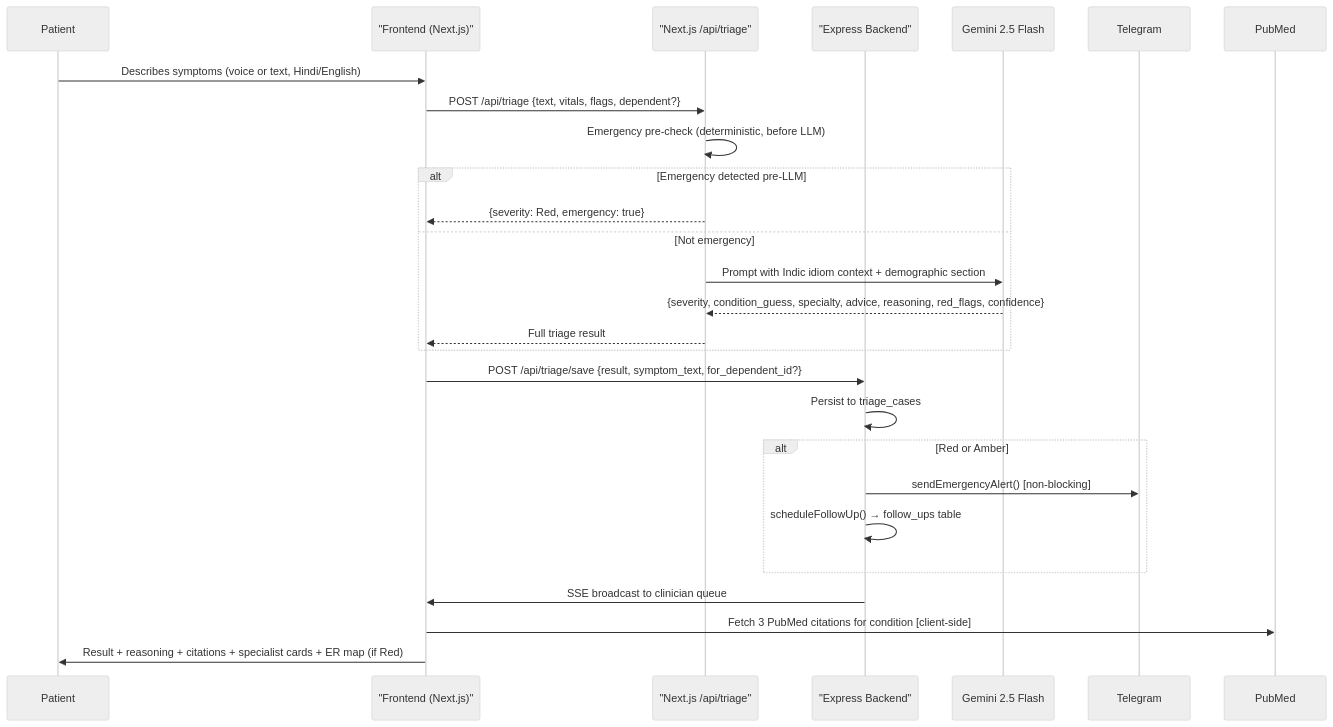
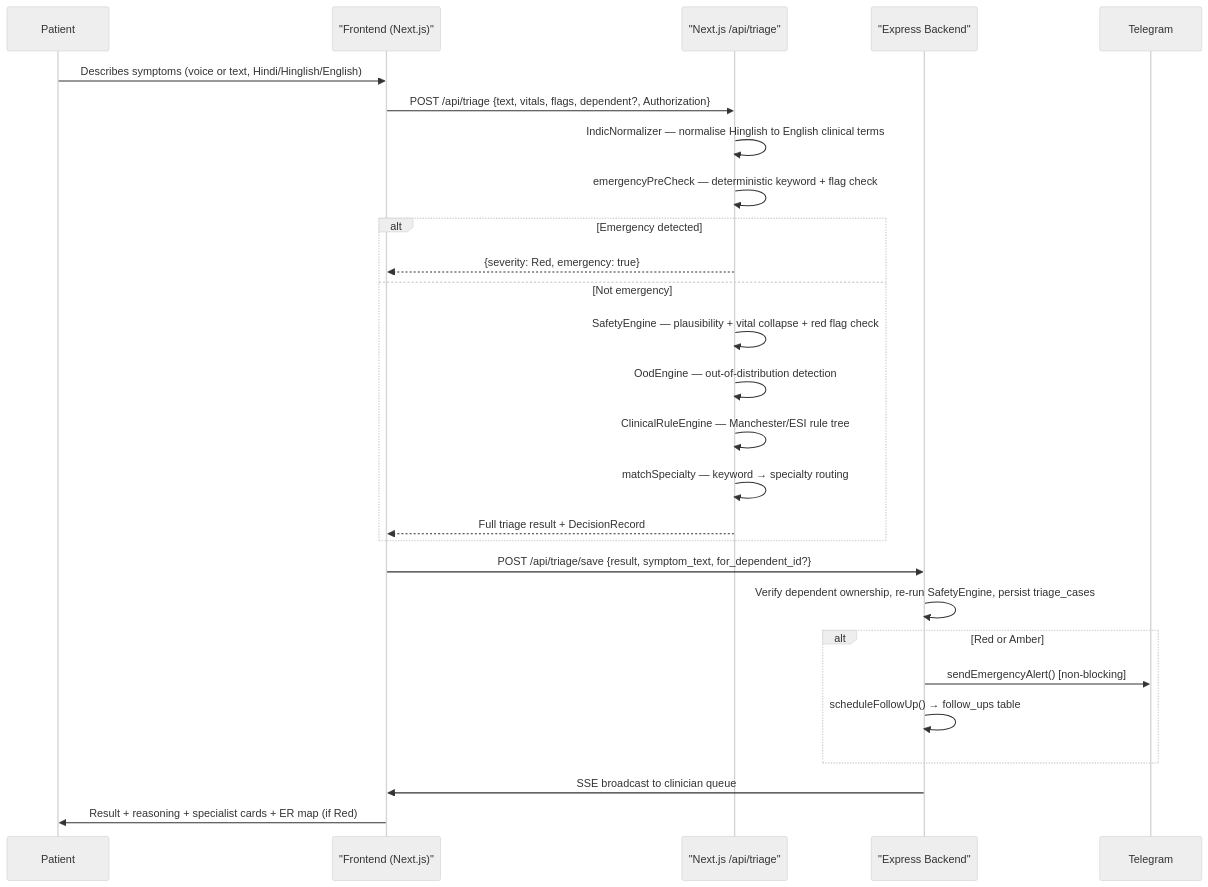
Before and after one commit to Dealer-09/CareRoute: the second of 3 diagrams in README.md, drawn with Mermaid (neutral theme). The commit also changed other lines of this file and 53 other files, not shown here.

````diff
--- a/README.md
+++ b/README.md
@@ -79,30 +98,30 @@
 ```mermaid
 sequenceDiagram
     participant P as Patient
     participant FE as "Frontend (Next.js)"
     participant NX as "Next.js /api/triage"
     participant BE as "Express Backend"
-    participant GEM as Gemini 2.5 Flash
     participant TG as Telegram
-    participant PM as PubMed
 
-    P->>FE: Describes symptoms (voice or text, Hindi/English)
-    FE->>NX: POST /api/triage {text, vitals, flags, dependent?}
-    NX->>NX: Emergency pre-check (deterministic, before LLM)
-    alt Emergency detected pre-LLM
+    P->>FE: Describes symptoms (voice or text, Hindi/Hinglish/English)
+    FE->>NX: POST /api/triage {text, vitals, flags, dependent?, Authorization}
+    NX->>NX: IndicNormalizer — normalise Hinglish to English clinical terms
+    NX->>NX: emergencyPreCheck — deterministic keyword + flag check
+    alt Emergency detected
         NX-->>FE: {severity: Red, emergency: true}
     else Not emergency
-        NX->>GEM: Prompt with Indic idiom context + demographic section
-        GEM-->>NX: {severity, condition_guess, specialty, advice, reasoning, red_flags, confidence}
-        NX-->>FE: Full triage result
+        NX->>NX: SafetyEngine — plausibility + vital collapse + red flag check
+        NX->>NX: OodEngine — out-of-distribution detection
+        NX->>NX: ClinicalRuleEngine — Manchester/ESI rule tree
+        NX->>NX: matchSpecialty — keyword → specialty routing
+        NX-->>FE: Full triage result + DecisionRecord
     end
     FE->>BE: POST /api/triage/save {result, symptom_text, for_dependent_id?}
-    BE->>BE: Persist to triage_cases
+    BE->>BE: Verify dependent ownership, re-run SafetyEngine, persist triage_cases
     alt Red or Amber
         BE->>TG: sendEmergencyAlert() [non-blocking]
         BE->>BE: scheduleFollowUp() → follow_ups table
     end
     BE->>FE: SSE broadcast to clinician queue
-    FE->>PM: Fetch 3 PubMed citations for condition [client-side]
-    FE->>P: Result + reasoning + citations + specialist cards + ER map (if Red)
+    FE->>P: Result + reasoning + specialist cards + ER map (if Red)
 ```
````
